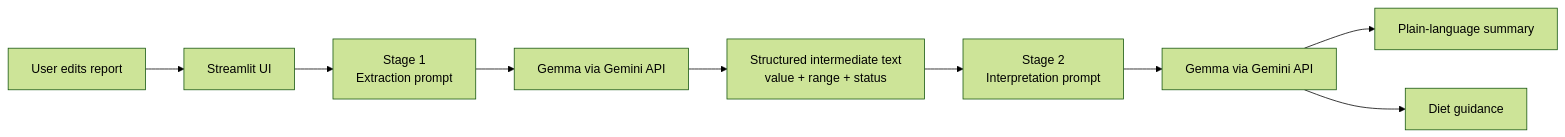
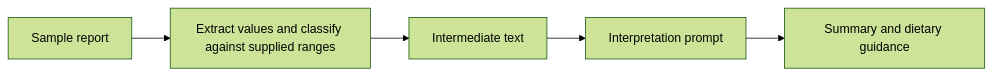
One commit to chaitanya4595-afk/blood-work-analyzer changed the diagram in README.md. Above: the diagram before and after it, drawn with Mermaid (forest theme). The commit also changed other lines of this file, not shown here.

Commit message:
Document the two-stage report analysis workflow

````diff
--- a/README.md
+++ b/README.md
@@ -28,11 +19,7 @@
 ```mermaid
 flowchart LR
-    U[User edits report] --> UI[Streamlit UI]
-    UI --> E[Stage 1\nExtraction prompt]
-    E --> L1[Gemma via Gemini API]
-    L1 --> S[Structured intermediate text\nvalue + range + status]
-    S --> I[Stage 2\nInterpretation prompt]
-    I --> L2[Gemma via Gemini API]
-    L2 --> O1[Plain-language summary]
-    L2 --> O2[Diet guidance]
+    R[Sample report] --> E[Extract values and classify against supplied ranges]
+    E --> S[Intermediate text]
+    S --> I[Interpretation prompt]
+    I --> O[Summary and dietary guidance]
 ```
````
